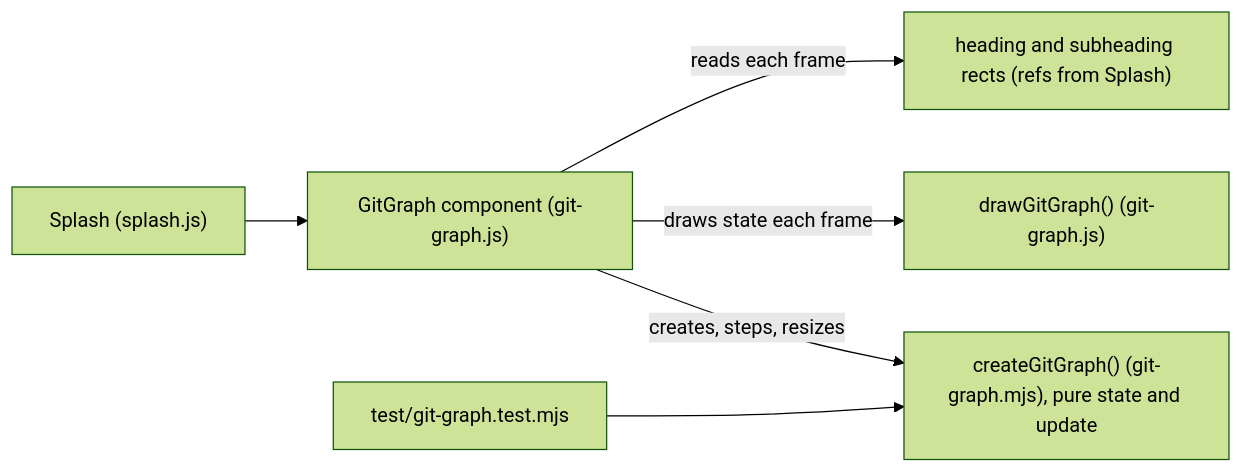
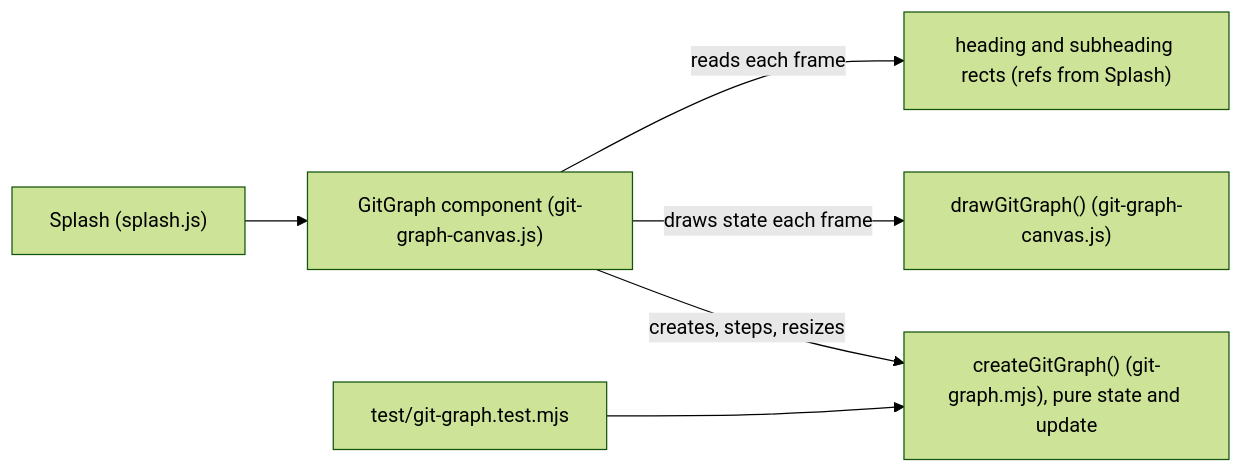
The first of 2 diagrams in docs/designs/git-graph-splash.md (eriksaulnier/erik-website), drawn with Mermaid (forest theme) before and after one commit. The commit also changed other lines of this file and 3 other files, not shown here.

First line of the commit message:
fix: hide the graph wrapper from screen readers and keep swipe scroll

````diff
--- a/docs/designs/git-graph-splash.md
+++ b/docs/designs/git-graph-splash.md
@@ -59,8 +59,8 @@
 ```mermaid
 flowchart LR
-  Splash["Splash (splash.js)"] --> GG["GitGraph component (git-graph.js)"]
+  Splash["Splash (splash.js)"] --> GG["GitGraph component (git-graph-canvas.js)"]
   GG -->|"creates, steps, resizes"| Sim["createGitGraph() (git-graph.mjs), pure state and update"]
-  GG -->|"draws state each frame"| Draw["drawGitGraph() (git-graph.js)"]
+  GG -->|"draws state each frame"| Draw["drawGitGraph() (git-graph-canvas.js)"]
   GG -->|"reads each frame"| Hero["heading and subheading rects (refs from Splash)"]
   Test["test/git-graph.test.mjs"] --> Sim
 ```
````
